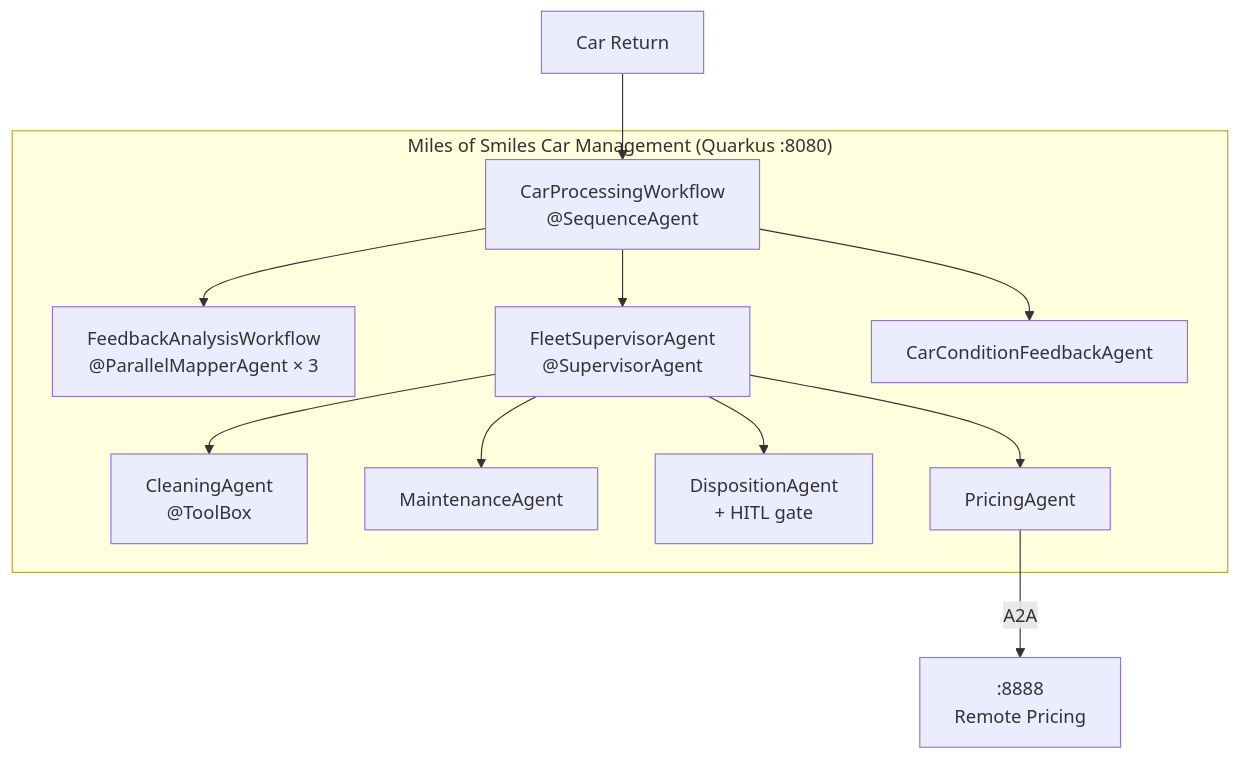
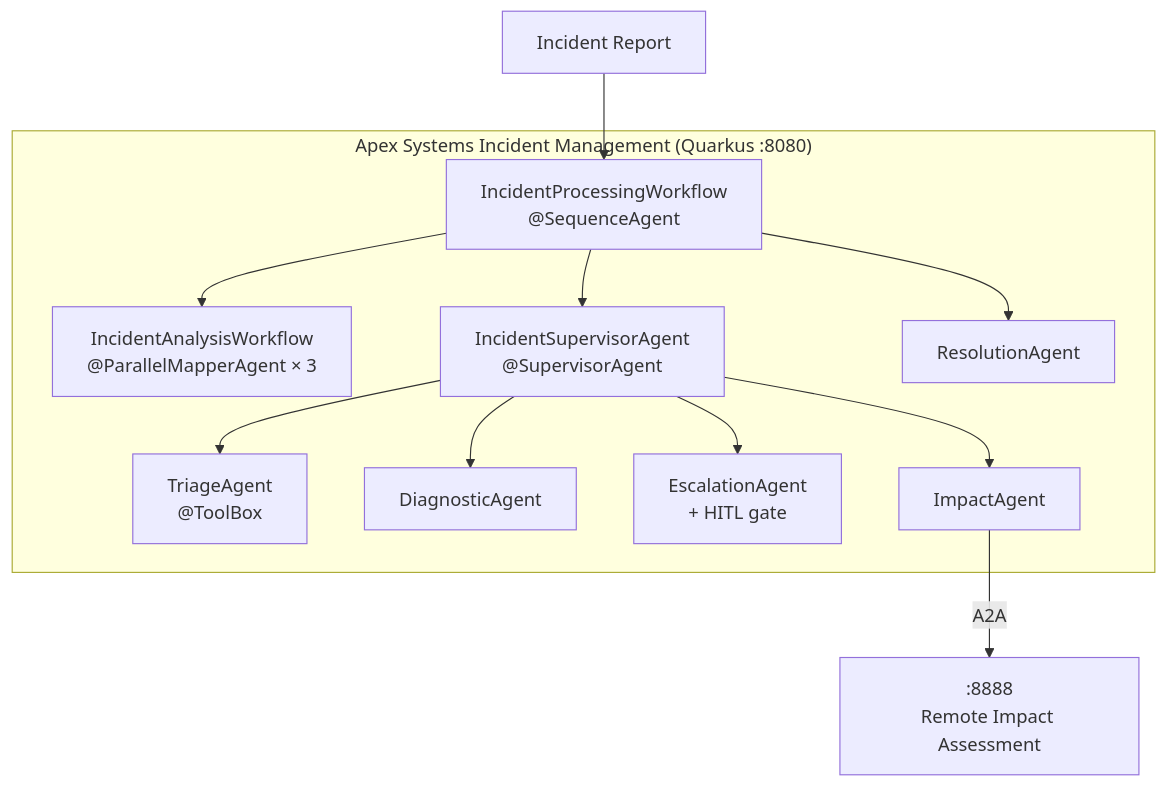
One commit to danieloh30/techxchange-2026-quarkus-bob-lab changed the diagram in docs/00-intro/SPEAKER_NOTES.md. Above: the diagram before and after it, drawn with Mermaid. The commit also changed other lines of this file and 366 other files, not shown here.

First line of the commit message:
refactor: retheme entire lab from car rental to IT incident management

````diff
--- a/docs/00-intro/SPEAKER_NOTES.md
+++ b/docs/00-intro/SPEAKER_NOTES.md
@@ -35,18 +35,18 @@
 ```mermaid
 flowchart TD
-    CR["Car Return"] --> CPW
+    IR["Incident Report"] --> IPW
 
-    subgraph main["Miles of Smiles Car Management (Quarkus :8080)"]
-        CPW["CarProcessingWorkflow<br/>@SequenceAgent"]
-        CPW --> FAW["FeedbackAnalysisWorkflow<br/>@ParallelMapperAgent × 3"]
-        CPW --> FSA["FleetSupervisorAgent<br/>@SupervisorAgent"]
-        CPW --> CCFA["CarConditionFeedbackAgent"]
+    subgraph main["Apex Systems Incident Management (Quarkus :8080)"]
+        IPW["IncidentProcessingWorkflow<br/>@SequenceAgent"]
+        IPW --> IAW["IncidentAnalysisWorkflow<br/>@ParallelMapperAgent × 3"]
+        IPW --> ISA["IncidentSupervisorAgent<br/>@SupervisorAgent"]
+        IPW --> RA["ResolutionAgent"]
 
-        FSA --> CA["CleaningAgent<br/>@ToolBox"]
-        FSA --> MA["MaintenanceAgent"]
-        FSA --> DA["DispositionAgent<br/>+ HITL gate"]
-        FSA --> PA["PricingAgent"]
+        ISA --> TA["TriageAgent<br/>@ToolBox"]
+        ISA --> DA["DiagnosticAgent"]
+        ISA --> EA["EscalationAgent<br/>+ HITL gate"]
+        ISA --> IA["ImpactAgent"]
     end
 
-    PA -->|"A2A"| RA[":8888<br/>Remote Pricing"]
+    IA -->|"A2A"| RIA[":8888<br/>Remote Impact Assessment"]
 ```
````
